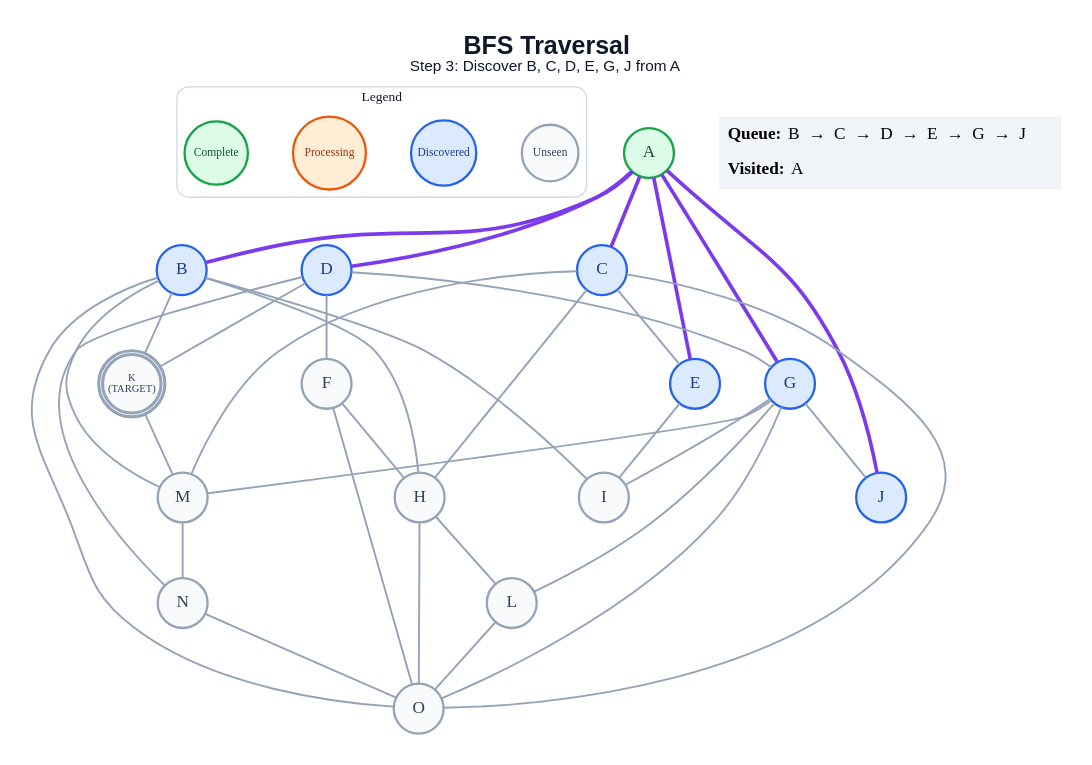
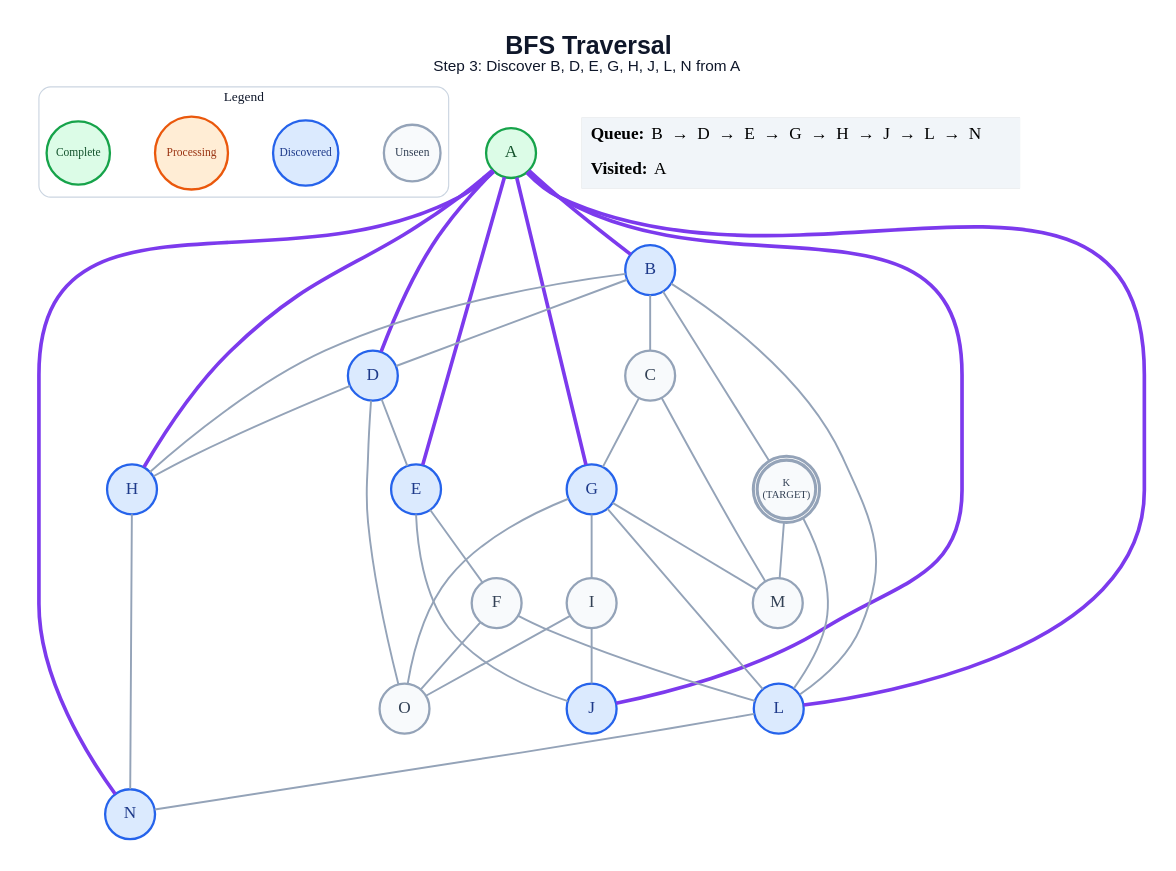
One commit to anon7238593-create/ai-slop changed the diagram in generated/specific-node/bfs/step_03.dot. Above: the diagram before and after it, drawn with Graphviz. The commit also changed 197 other files, not shown here.

```diff
--- a/generated/specific-node/bfs/step_03.dot
+++ b/generated/specific-node/bfs/step_03.dot
@@ -1,67 +1,66 @@
 graph traversal {
   graph [layout=dot, rankdir=TB, bgcolor="#FFFFFF", pad="0.35", nodesep="0.65", ranksep="0.8", fontname="Arial"];
   node [shape=circle, style="filled", fontname="Arial Bold", fontsize=18, width=0.72, fixedsize=true, penwidth=2.4];
   edge [color="#94A3B8", penwidth=2.0];
-  label=<<B>BFS Traversal</B><BR/><FONT POINT-SIZE="16">Step 3: Discover B, C, D, E, G, J from A</FONT>>; labelloc="t"; fontsize=26; fontname="Arial"; fontcolor="#0F172A";
+  label=<<B>BFS Traversal</B><BR/><FONT POINT-SIZE="16">Step 3: Discover B, D, E, G, H, J, L, N from A</FONT>>; labelloc="t"; fontsize=26; fontname="Arial"; fontcolor="#0F172A";
   subgraph cluster_legend { label="Legend"; color="#CBD5E1"; penwidth=1.2; style="rounded"; fontsize=14; fontname="Arial Bold";
     key_unseen [label="Unseen", fillcolor="#F8FAFC", color="#94A3B8", fontcolor="#334155", fontsize=12, width=0.82];
     key_frontier [label="Discovered", fillcolor="#DBEAFE", color="#2563EB", fontcolor="#1E3A8A", fontsize=12, width=0.95];
     key_current [label="Processing", fillcolor="#FFEDD5", color="#EA580C", fontcolor="#9A3412", fontsize=12, width=1.05];
     key_done [label="Complete", fillcolor="#DCFCE7", color="#16A34A", fontcolor="#14532D", fontsize=12, width=0.92];
     { rank=same; key_unseen; key_frontier; key_current; key_done; }
   }
   A [label="A", fillcolor="#DCFCE7", color="#16A34A", fontcolor="#14532D", peripheries=1, penwidth=2.4];
   B [label="B", fillcolor="#DBEAFE", color="#2563EB", fontcolor="#1E3A8A", peripheries=1, penwidth=2.4];
-  C [label="C", fillcolor="#DBEAFE", color="#2563EB", fontcolor="#1E3A8A", peripheries=1, penwidth=2.4];
+  C [label="C", fillcolor="#F8FAFC", color="#94A3B8", fontcolor="#334155", peripheries=1, penwidth=2.4];
   D [label="D", fillcolor="#DBEAFE", color="#2563EB", fontcolor="#1E3A8A", peripheries=1, penwidth=2.4];
   E [label="E", fillcolor="#DBEAFE", color="#2563EB", fontcolor="#1E3A8A", peripheries=1, penwidth=2.4];
   F [label="F", fillcolor="#F8FAFC", color="#94A3B8", fontcolor="#334155", peripheries=1, penwidth=2.4];
   G [label="G", fillcolor="#DBEAFE", color="#2563EB", fontcolor="#1E3A8A", peripheries=1, penwidth=2.4];
-  H [label="H", fillcolor="#F8FAFC", color="#94A3B8", fontcolor="#334155", peripheries=1, penwidth=2.4];
+  H [label="H", fillcolor="#DBEAFE", color="#2563EB", fontcolor="#1E3A8A", peripheries=1, penwidth=2.4];
   I [label="I", fillcolor="#F8FAFC", color="#94A3B8", fontcolor="#334155", peripheries=1, penwidth=2.4];
   J [label="J", fillcolor="#DBEAFE", color="#2563EB", fontcolor="#1E3A8A", peripheries=1, penwidth=2.4];
   K [label="K\n(TARGET)", fillcolor="#F8FAFC", color="#94A3B8", fontcolor="#334155", peripheries=2, penwidth=3.2, fontsize=11, width=0.85, height=0.85];
-  L [label="L", fillcolor="#F8FAFC", color="#94A3B8", fontcolor="#334155", peripheries=1, penwidth=2.4];
+  L [label="L", fillcolor="#DBEAFE", color="#2563EB", fontcolor="#1E3A8A", peripheries=1, penwidth=2.4];
   M [label="M", fillcolor="#F8FAFC", color="#94A3B8", fontcolor="#334155", peripheries=1, penwidth=2.4];
-  N [label="N", fillcolor="#F8FAFC", color="#94A3B8", fontcolor="#334155", peripheries=1, penwidth=2.4];
+  N [label="N", fillcolor="#DBEAFE", color="#2563EB", fontcolor="#1E3A8A", peripheries=1, penwidth=2.4];
   O [label="O", fillcolor="#F8FAFC", color="#94A3B8", fontcolor="#334155", peripheries=1, penwidth=2.4];
   A -- B [color="#7C3AED", penwidth=3.8];
-  A -- C [color="#7C3AED", penwidth=3.8];
   A -- D [color="#7C3AED", penwidth=3.8];
   A -- E [color="#7C3AED", penwidth=3.8];
   A -- G [color="#7C3AED", penwidth=3.8];
+  A -- H [color="#7C3AED", penwidth=3.8];
   A -- J [color="#7C3AED", penwidth=3.8];
+  A -- L [color="#7C3AED", penwidth=3.8];
+  A -- N [color="#7C3AED", penwidth=3.8];
+  B -- C;
+  B -- D;
   B -- H;
-  B -- I;
   B -- K;
-  B -- M;
-  B -- O;
-  C -- E;
-  C -- H;
+  B -- L;
+  C -- G;
   C -- M;
-  C -- O;
-  D -- F;
-  D -- G;
-  D -- K;
-  D -- N;
-  E -- I;
-  F -- H;
+  D -- E;
+  D -- H;
+  D -- O;
+  E -- F;
+  E -- J;
+  F -- L;
   F -- O;
   G -- I;
-  G -- J;
   G -- L;
   G -- M;
   G -- O;
-  H -- L;
-  H -- O;
+  H -- N;
+  I -- J;
+  I -- O;
+  K -- L;
   K -- M;
-  L -- O;
-  M -- N;
-  N -- O;
+  L -- N;
   status [shape=plain, fixedsize=false, width=0, height=0, margin=0, label=<
     <TABLE BORDER="0" CELLBORDER="0" CELLPADDING="7" BGCOLOR="#F1F5F9">
-      <TR><TD ALIGN="LEFT"><B>Queue:</B> B  →  C  →  D  →  E  →  G  →  J</TD></TR>
+      <TR><TD ALIGN="LEFT"><B>Queue:</B> B  →  D  →  E  →  G  →  H  →  J  →  L  →  N</TD></TR>
       <TR><TD ALIGN="LEFT"><B>Visited:</B> A</TD></TR>
     </TABLE>
   >];
 }
```
